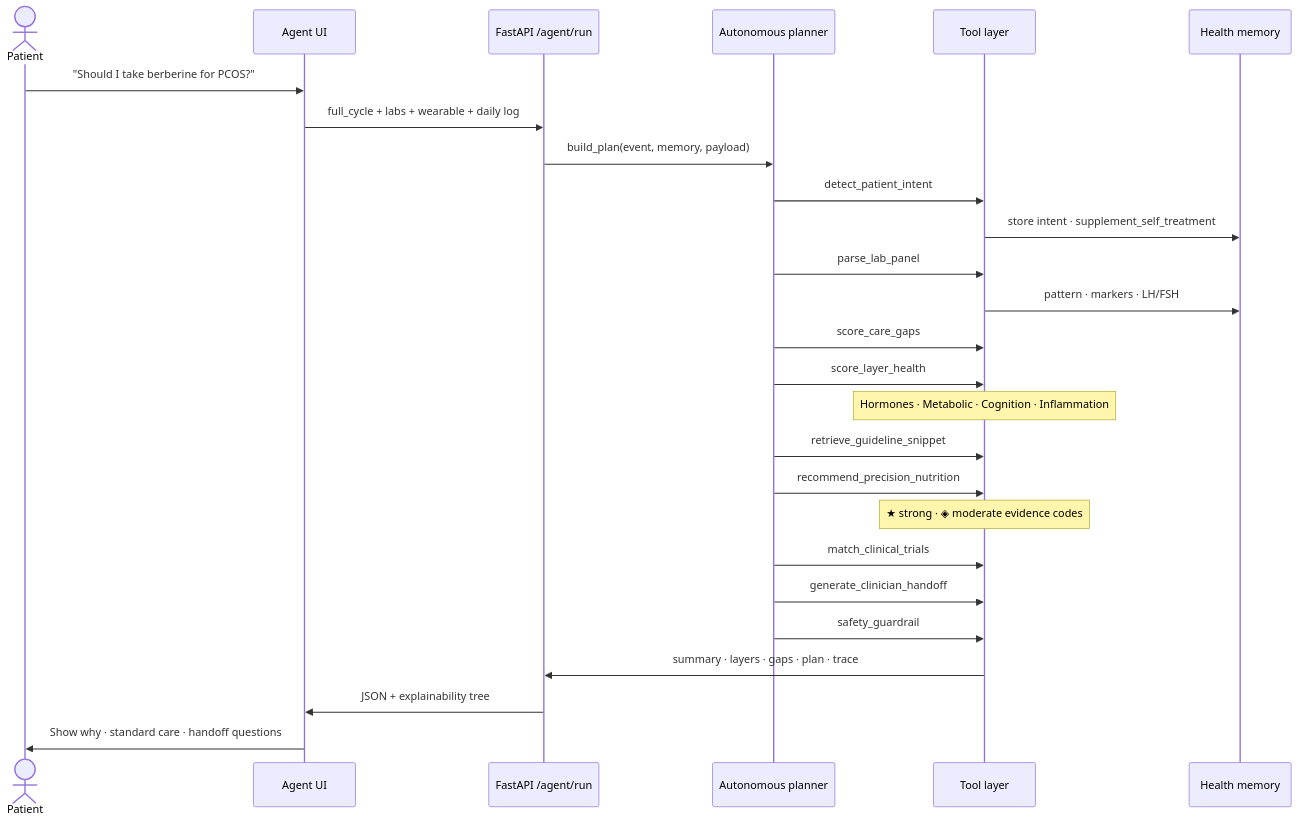
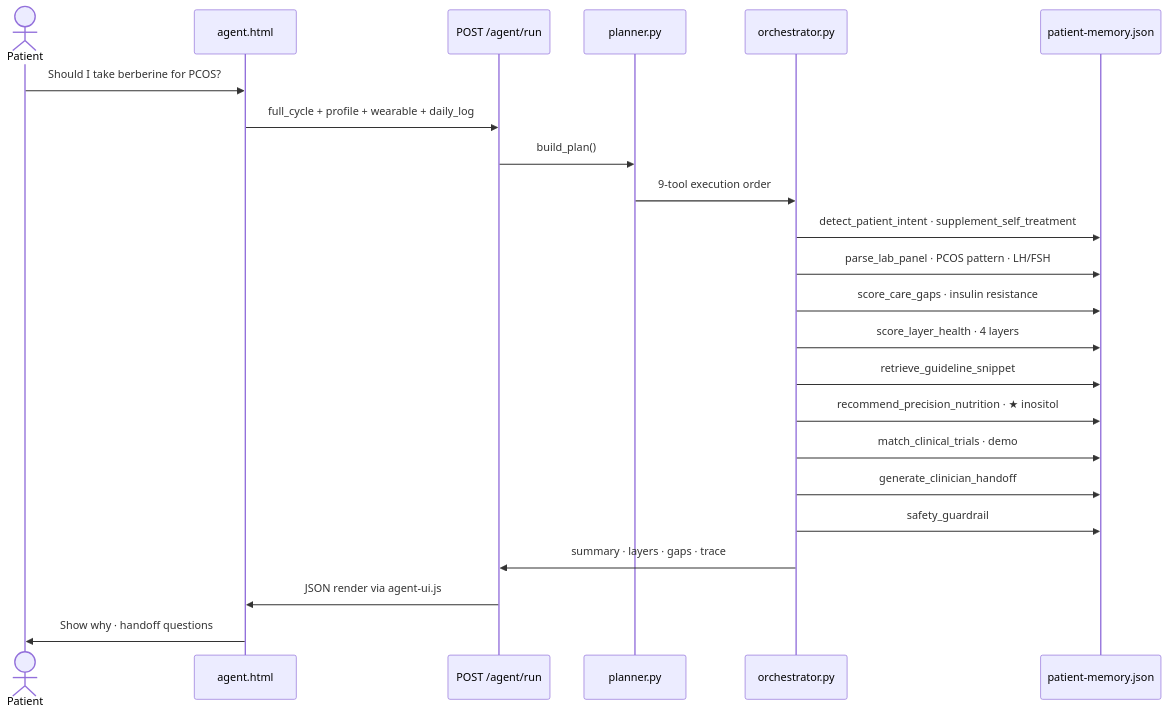
One commit to AlbinaKrasykova/Hsence- changed the third of 3 diagrams in docs/ARCHITECTURE.md. Above: the diagram before and after it, drawn with Mermaid. The commit also changed other lines of this file and 13 other files, not shown here.

First line of the commit message:
Add architecture PNG diagram and align docs with built vs vision stack.

````diff
--- a/docs/ARCHITECTURE.md
+++ b/docs/ARCHITECTURE.md
@@ -86,34 +150,26 @@
 ```mermaid
 sequenceDiagram
   actor Patient
-  participant UI as Agent UI
-  participant API as FastAPI /agent/run
-  participant Planner as Autonomous planner
-  participant Tools as Tool layer
-  participant Mem as Health memory
+  participant UI as agent.html
+  participant API as POST /agent/run
+  participant Plan as planner.py
+  participant Orch as orchestrator.py
+  participant Mem as patient-memory.json
 
-  Patient->>UI: "Should I take berberine for PCOS?"
-  UI->>API: full_cycle + labs + wearable + daily log
-  API->>Planner: build_plan(event, memory, payload)
-  Planner->>Tools: detect_patient_intent
-  Tools->>Mem: store intent · supplement_self_treatment
-
-  Planner->>Tools: parse_lab_panel
-  Tools->>Mem: pattern · markers · LH/FSH
-
-  Planner->>Tools: score_care_gaps
-  Planner->>Tools: score_layer_health
-  Note over Tools: Hormones · Metabolic · Cognition · Inflammation
-
-  Planner->>Tools: retrieve_guideline_snippet
-  Planner->>Tools: recommend_precision_nutrition
-  Note over Tools: ★ strong · ◈ moderate evidence codes
-
-  Planner->>Tools: match_clinical_trials
-  Planner->>Tools: generate_clinician_handoff
-  Planner->>Tools: safety_guardrail
-
-  Tools->>API: summary · layers · gaps · plan · trace
-  API->>UI: JSON + explainability tree
-  UI->>Patient: Show why · standard care · handoff questions
+  Patient->>UI: Should I take berberine for PCOS?
+  UI->>API: full_cycle + profile + wearable + daily_log
+  API->>Plan: build_plan()
+  Plan->>Orch: 9-tool execution order
+  Orch->>Mem: detect_patient_intent · supplement_self_treatment
+  Orch->>Mem: parse_lab_panel · PCOS pattern · LH/FSH
+  Orch->>Mem: score_care_gaps · insulin resistance
+  Orch->>Mem: score_layer_health · 4 layers
+  Orch->>Mem: retrieve_guideline_snippet
+  Orch->>Mem: recommend_precision_nutrition · ★ inositol
+  Orch->>Mem: match_clinical_trials · demo
+  Orch->>Mem: generate_clinician_handoff
+  Orch->>Mem: safety_guardrail
+  Orch->>API: summary · layers · gaps · trace
+  API->>UI: JSON render via agent-ui.js
+  UI->>Patient: Show why · handoff questions
 ```
````
